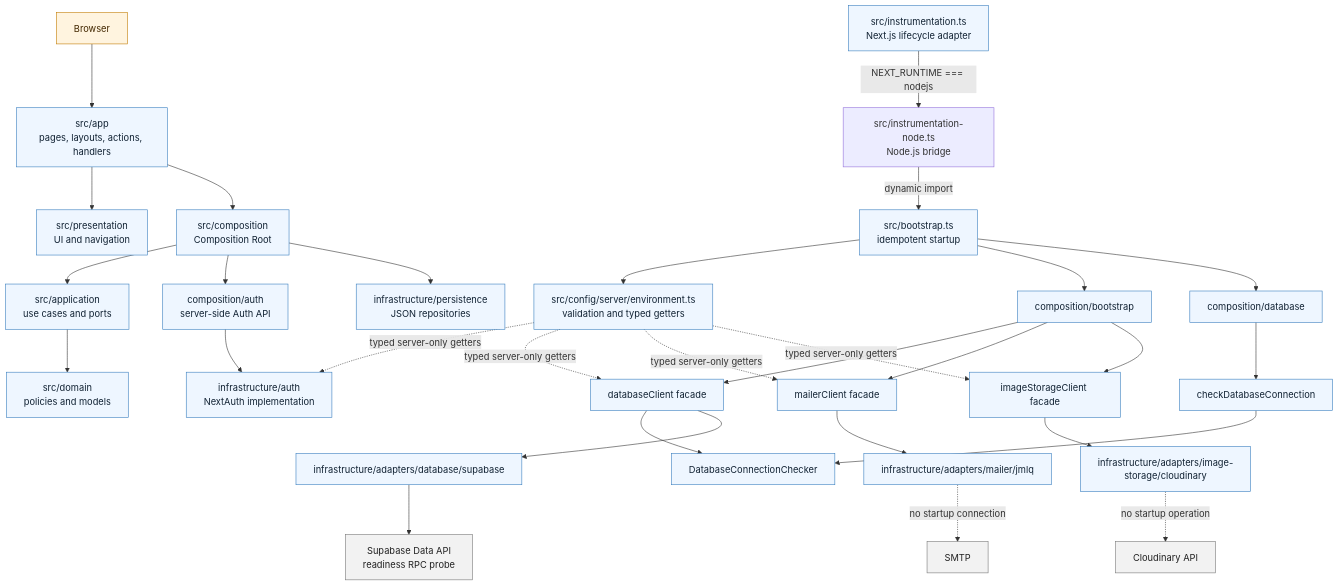
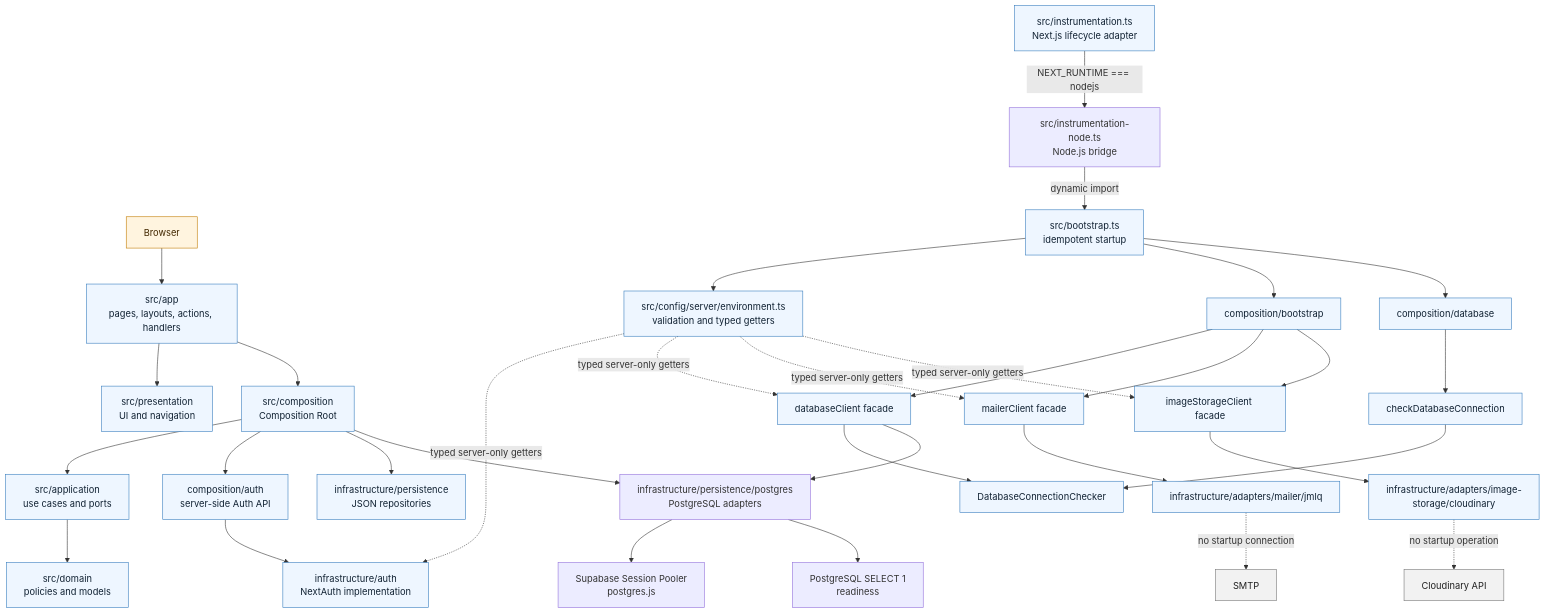
The diagram in architecture.md (MLahuasi/opencode-daycare), drawn with Mermaid before and after one commit. The commit also changed other lines of this file and 9 other files, not shown here.

Commit message:
Open-Day-Care - spec-29-auth-postgres-persistence - Implemented

````diff
--- a/architecture.md
+++ b/architecture.md
@@ -80,42 +80,44 @@
 ```mermaid
 flowchart TB
     BROWSER[Browser] --> ROUTES[src/app<br/>pages, layouts, actions, handlers]
     ROUTES --> PRESENTATION[src/presentation<br/>UI and navigation]
     ROUTES --> COMPOSITION[src/composition<br/>Composition Root]
 
     COMPOSITION --> APPLICATION[src/application<br/>use cases and ports]
     APPLICATION --> DOMAIN[src/domain<br/>policies and models]
     COMPOSITION --> AUTH[composition/auth<br/>server-side Auth API]
     AUTH --> AUTH_INFRA[infrastructure/auth<br/>NextAuth implementation]
     COMPOSITION --> PERSISTENCE[infrastructure/persistence<br/>JSON repositories]
+    COMPOSITION --> POSTGRES[infrastructure/persistence/postgres<br/>PostgreSQL adapters]
+    POSTGRES --> POOLER[Supabase Session Pooler<br/>postgres.js]
 
     INSTRUMENTATION[src/instrumentation.ts<br/>Next.js lifecycle adapter] -->|NEXT_RUNTIME === nodejs| NODE_INSTRUMENTATION[src/instrumentation-node.ts<br/>Node.js bridge]
     NODE_INSTRUMENTATION -->|dynamic import| BOOTSTRAP[src/bootstrap.ts<br/>idempotent startup]
     BOOTSTRAP --> ENV[src/config/server/environment.ts<br/>validation and typed getters]
     BOOTSTRAP --> BOOT_COMPOSITION[composition/bootstrap]
     BOOTSTRAP --> DB_COMPOSITION[composition/database]
     BOOT_COMPOSITION --> DB_FACADE[databaseClient facade]
     BOOT_COMPOSITION --> MAIL_FACADE[mailerClient facade]
     BOOT_COMPOSITION --> IMAGE_FACADE[imageStorageClient facade]
     DB_COMPOSITION --> CHECK_USE_CASE[checkDatabaseConnection]
     CHECK_USE_CASE --> DB_PORT[DatabaseConnectionChecker]
     DB_FACADE --> DB_PORT
-    DB_FACADE --> SUPABASE_PROVIDER[infrastructure/adapters/database/supabase]
-    SUPABASE_PROVIDER --> SUPABASE[Supabase Data API<br/>readiness RPC probe]
+    DB_FACADE --> POSTGRES
+    POSTGRES --> READINESS[PostgreSQL SELECT 1<br/>readiness]
     MAIL_FACADE --> JMLQ[infrastructure/adapters/mailer/jmlq]
     JMLQ -. no startup connection .-> SMTP[SMTP]
     IMAGE_FACADE --> CLOUDINARY[infrastructure/adapters/image-storage/cloudinary]
     CLOUDINARY -. no startup operation .-> CLOUDINARY_API[Cloudinary API]
 
     ENV -. typed server-only getters .-> AUTH_INFRA
     ENV -. typed server-only getters .-> DB_FACADE
     ENV -. typed server-only getters .-> MAIL_FACADE
     ENV -. typed server-only getters .-> IMAGE_FACADE
 
     classDef server fill:#eef6ff,stroke:#377dbe,color:#123;
     classDef boundary fill:#fff4df,stroke:#c27b00,color:#432800;
     classDef external fill:#f2f2f2,stroke:#777,color:#222;
     class ROUTES,PRESENTATION,COMPOSITION,APPLICATION,DOMAIN,AUTH,AUTH_INFRA,PERSISTENCE,INSTRUMENTATION,RUNTIME,BOOTSTRAP,ENV,BOOT_COMPOSITION,DB_COMPOSITION,DB_FACADE,MAIL_FACADE,IMAGE_FACADE,DB_PORT,CHECK_USE_CASE,SUPABASE_PROVIDER,JMLQ,CLOUDINARY server;
     class BROWSER boundary;
     class SUPABASE,SMTP,CLOUDINARY_API external;
 ```
````
